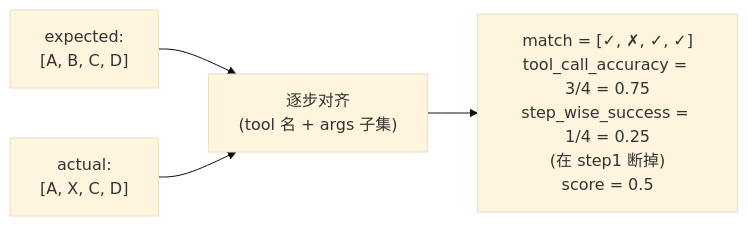
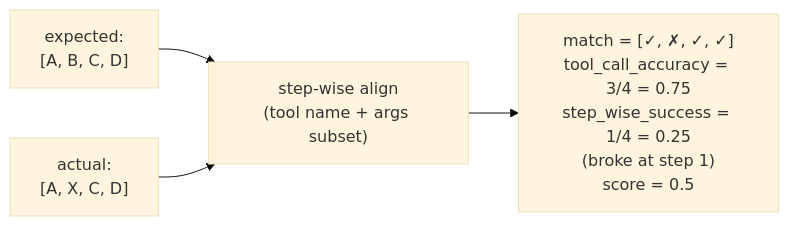
Before and after one commit to AndyUneducated/eval-gate: the third of 3 diagrams in docs/PHASE_9_PLAN.md, drawn with Mermaid (base theme). The commit also changed other lines of this file and 22 other files, not shown here.

````diff
--- a/docs/PHASE_9_PLAN.md
+++ b/docs/PHASE_9_PLAN.md
@@ -59,8 +59,8 @@
 ```mermaid
 flowchart LR
   E["expected:<br/>[A, B, C, D]"]
   Act["actual:<br/>[A, X, C, D]"]
-  E --> Cmp["逐步对齐<br/>(tool 名 + args 子集)"]
+  E --> Cmp["step-wise align<br/>(tool name + args subset)"]
   Act --> Cmp
-  Cmp --> R["match = [✓, ✗, ✓, ✓]<br/>tool_call_accuracy = 3/4 = 0.75<br/>step_wise_success = 1/4 = 0.25<br/>(在 step1 断掉)<br/>score = 0.5"]
+  Cmp --> R["match = [✓, ✗, ✓, ✓]<br/>tool_call_accuracy = 3/4 = 0.75<br/>step_wise_success = 1/4 = 0.25<br/>(broke at step 1)<br/>score = 0.5"]
 ```
````
